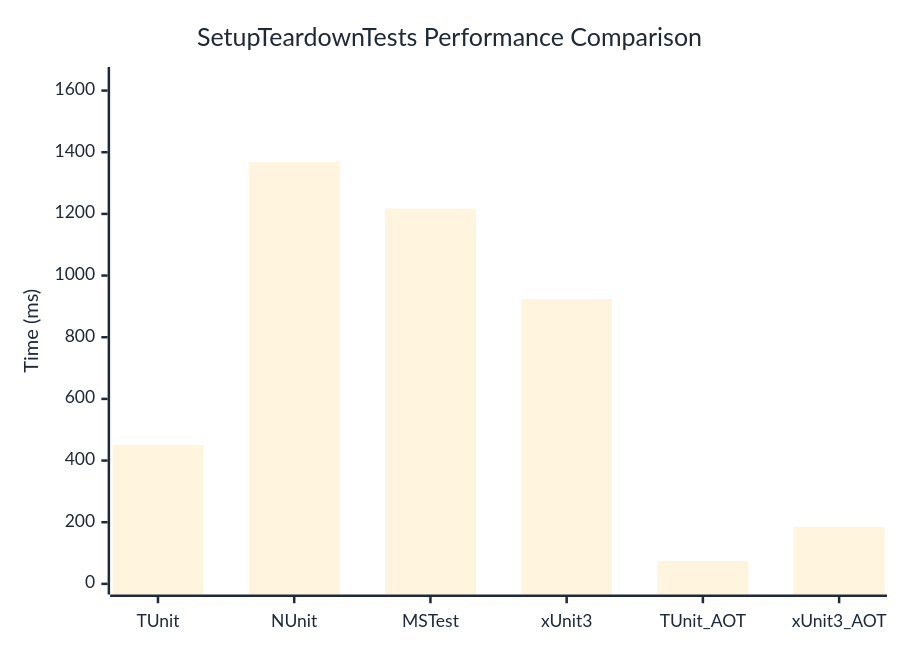
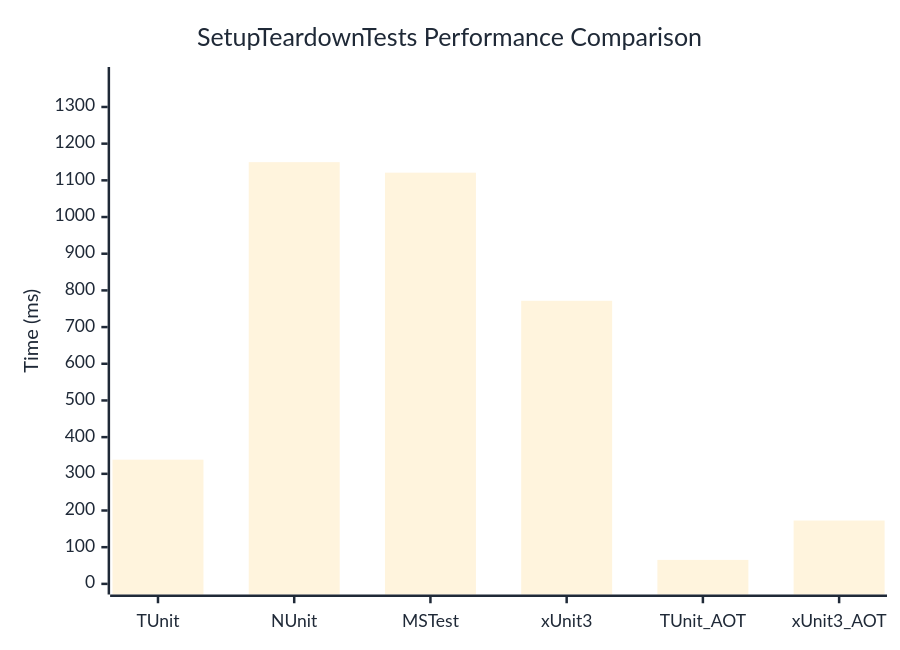
The diagram in docs/docs/benchmarks/engine/SetupTeardownTests.md (thomhurst/TUnit), drawn with Mermaid before and after one commit. The commit also changed other lines of this file and 18 other files, not shown here.

````diff
--- a/docs/docs/benchmarks/engine/SetupTeardownTests.md
+++ b/docs/docs/benchmarks/engine/SetupTeardownTests.md
@@ -30,37 +30,37 @@
 ```mermaid
 %%{init: {
   'theme':'base',
   'themeVariables': {
     'primaryColor': '#2563eb',
     'primaryTextColor': '#1f2937',
     'primaryBorderColor': '#1e40af',
     'lineColor': '#6b7280',
     'secondaryColor': '#7c3aed',
     'tertiaryColor': '#dc2626',
     'background': '#ffffff',
     'mainBkg': '#2563eb',
     'secondBkg': '#7c3aed',
     'tertiaryBkg': '#dc2626',
     'clusterBkg': '#f3f4f6',
     'edgeLabelBackground': '#ffffff',
     'tertiaryTextColor': '#1f2937',
     'pie1': '#2563eb',
     'pie2': '#7c3aed',
     'pie3': '#dc2626',
     'pie4': '#f59e0b',
     'pie5': '#10b981',
     'pie6': '#06b6d4',
     'pie7': '#ec4899',
     'pie8': '#6366f1',
     'pie9': '#84cc16',
     'pie10': '#f97316',
     'pie11': '#14b8a6',
     'pie12': '#a855f7'
   }
 }}%%
 xychart-beta
   title "SetupTeardownTests Performance Comparison"
   x-axis ["TUnit", "NUnit", "MSTest", "xUnit3", "TUnit_AOT", "xUnit3_AOT"]
-  y-axis "Time (ms)" 0 --> 1642
-  bar [450.57, 1367.91, 1216.92, 923.67, 74.28, 185.14]
+  y-axis "Time (ms)" 0 --> 1380
+  bar [338.59, 1149.55, 1120.93, 771.67, 65.34, 172.7]
 ```
````
